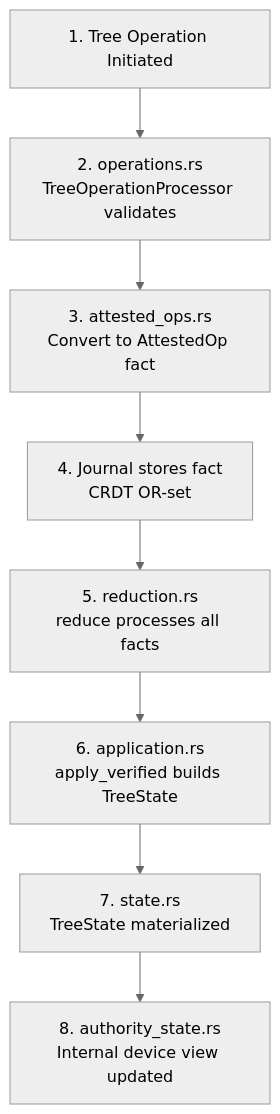
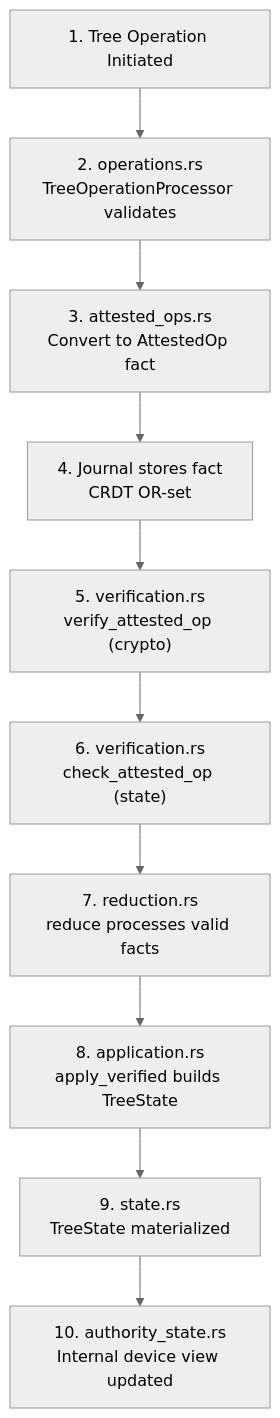
One commit to hxrts/aura changed the second of 3 diagrams in docs/101_accounts_and_commitment_tree.md. Above: the diagram before and after it, drawn with Mermaid (neutral theme). The commit also changed other lines of this file and 342 other files, not shown here.

````diff
--- a/docs/101_accounts_and_commitment_tree.md
+++ b/docs/101_accounts_and_commitment_tree.md
@@ -185,19 +280,23 @@
 ```mermaid
 graph TD
     A["1. Tree Operation Initiated"]
     B["2. operations.rs<br/>TreeOperationProcessor validates"]
     C["3. attested_ops.rs<br/>Convert to AttestedOp fact"]
     D["4. Journal stores fact<br/>CRDT OR-set"]
-    E["5. reduction.rs<br/>reduce processes all facts"]
-    F["6. application.rs<br/>apply_verified builds TreeState"]
-    G["7. state.rs<br/>TreeState materialized"]
-    H["8. authority_state.rs<br/>Internal device view updated"]
-    
+    E["5. verification.rs<br/>verify_attested_op (crypto)"]
+    F["6. verification.rs<br/>check_attested_op (state)"]
+    G["7. reduction.rs<br/>reduce processes valid facts"]
+    H["8. application.rs<br/>apply_verified builds TreeState"]
+    I["9. state.rs<br/>TreeState materialized"]
+    J["10. authority_state.rs<br/>Internal device view updated"]
+
     A --> B
     B --> C
     C --> D
     D --> E
     E --> F
     F --> G
     G --> H
+    H --> I
+    I --> J
 ```
````
